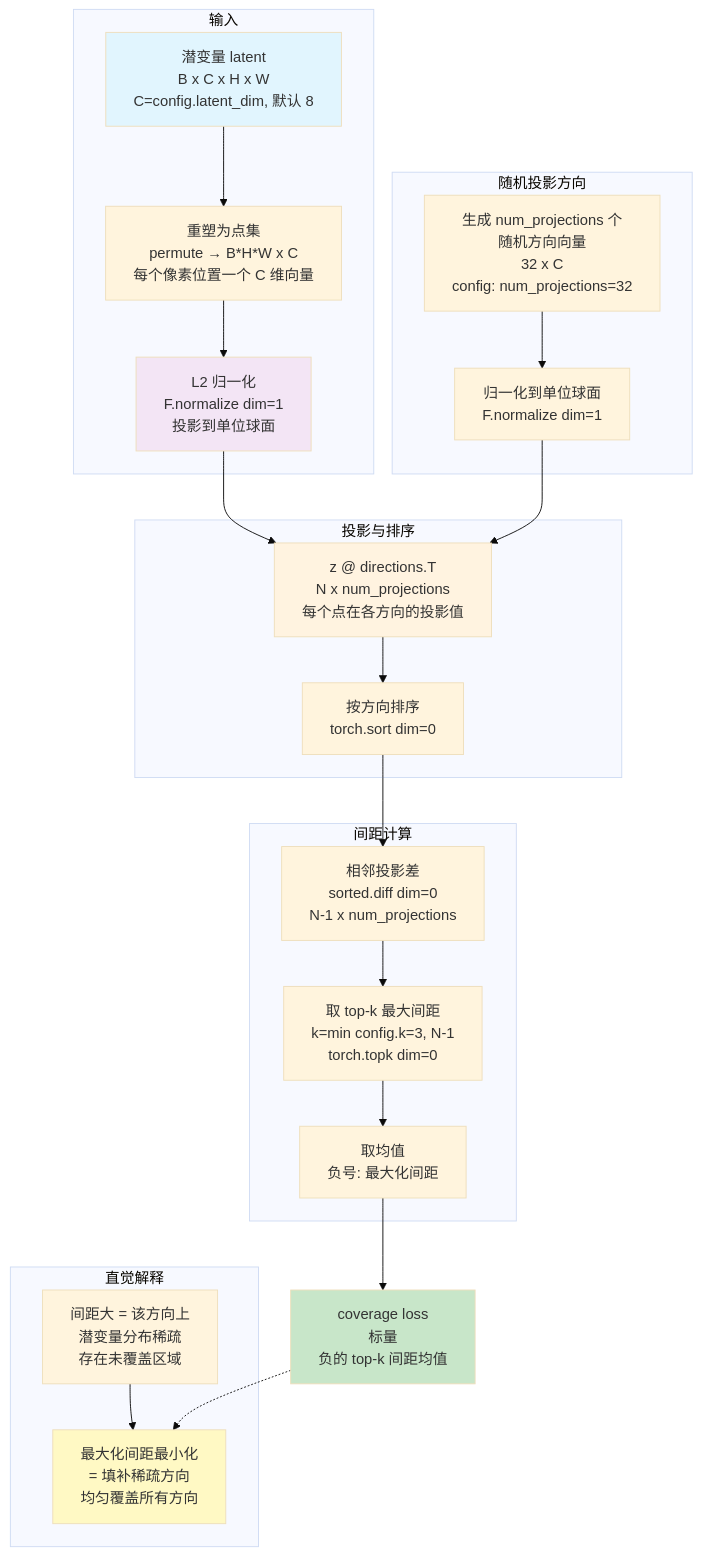
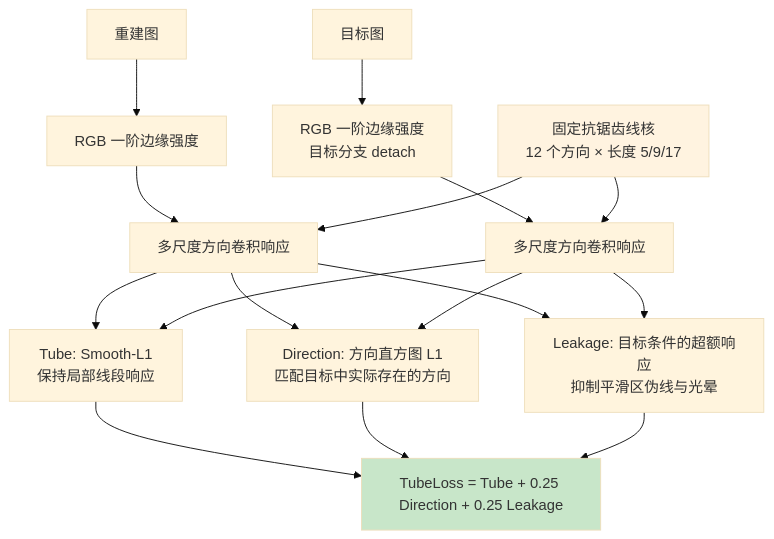
One commit to novvoo/kakeya-vae changed the second of 19 diagrams in docs/architecture.md. Above: the diagram before and after it, drawn with Mermaid (base theme). The commit also changed other lines of this file and 10 other files, not shown here.

````diff
--- a/docs/architecture.md
+++ b/docs/architecture.md
@@ -49,50 +49,22 @@
 ```mermaid
 flowchart TD
-    subgraph 输入
-        LATENT[潜变量 latent<br/>B x C x H x W<br/>C=config.latent_dim, 默认 8]
-        RESHAP[重塑为点集<br/>permute → B*H*W x C<br/>每个像素位置一个 C 维向量]
-        NORM[L2 归一化<br/>F.normalize dim=1<br/>投影到单位球面]
-        LATENT --> RESHAP
-        RESHAP --> NORM
-    end
+    REC[重建图] --> RE[RGB 一阶边缘强度]
+    TAR[目标图] --> TE[RGB 一阶边缘强度<br/>目标分支 detach]
+    K[固定抗锯齿线核<br/>12 个方向 × 长度 5/9/17]
+    RE --> RC[多尺度方向卷积响应]
+    TE --> TC[多尺度方向卷积响应]
+    K --> RC
+    K --> TC
+    RC --> L1[Tube: Smooth-L1<br/>保持局部线段响应]
+    TC --> L1
+    RC --> L2[Direction: 方向直方图 L1<br/>匹配目标中实际存在的方向]
+    TC --> L2
+    RC --> L3[Leakage: 目标条件的超额响应<br/>抑制平滑区伪线与光晕]
+    TC --> L3
+    L1 --> OUT[TubeLoss = Tube + 0.25 Direction + 0.25 Leakage]
+    L2 --> OUT
+    L3 --> OUT
 
-    subgraph 随机投影方向
-        DIR[生成 num_projections 个<br/>随机方向向量<br/>32 x C<br/>config: num_projections=32]
-        NORM_DIR[归一化到单位球面<br/>F.normalize dim=1]
-        DIR --> NORM_DIR
-    end
-
-    subgraph 投影与排序
-        PROJ[z @ directions.T<br/>N x num_projections<br/>每个点在各方向的投影值]
-        SORT[按方向排序<br/>torch.sort dim=0]
-        PROJ --> SORT
-    end
-
-    NORM --> PROJ
-    NORM_DIR --> PROJ
-
-    subgraph 间距计算
-        DIFF[相邻投影差<br/>sorted.diff dim=0<br/>N-1 x num_projections]
-        TOPK[取 top-k 最大间距<br/>k=min config.k=3, N-1<br/>torch.topk dim=0]
-        MEAN[取均值<br/>负号: 最大化间距]
-        SORT --> DIFF
-        DIFF --> TOPK
-        TOPK --> MEAN
-    end
-
-    MEAN --> OUT[coverage loss<br/>标量<br/>负的 top-k 间距均值]
-
-    subgraph 直觉解释
-        INT1[间距大 = 该方向上<br/>潜变量分布稀疏<br/>存在未覆盖区域]
-        INT2[最大化间距最小化<br/>= 填补稀疏方向<br/>均匀覆盖所有方向]
-        INT1 --> INT2
-    end
-
-    OUT -.-> INT2
-
-    style LATENT fill:#e1f5fe
-    style NORM fill:#f3e5f5
-    style PROJ fill:#fff3e0
+    style K fill:#fff3e0
     style OUT fill:#c8e6c9
-    style INT2 fill:#fff9c4
 ```
````
